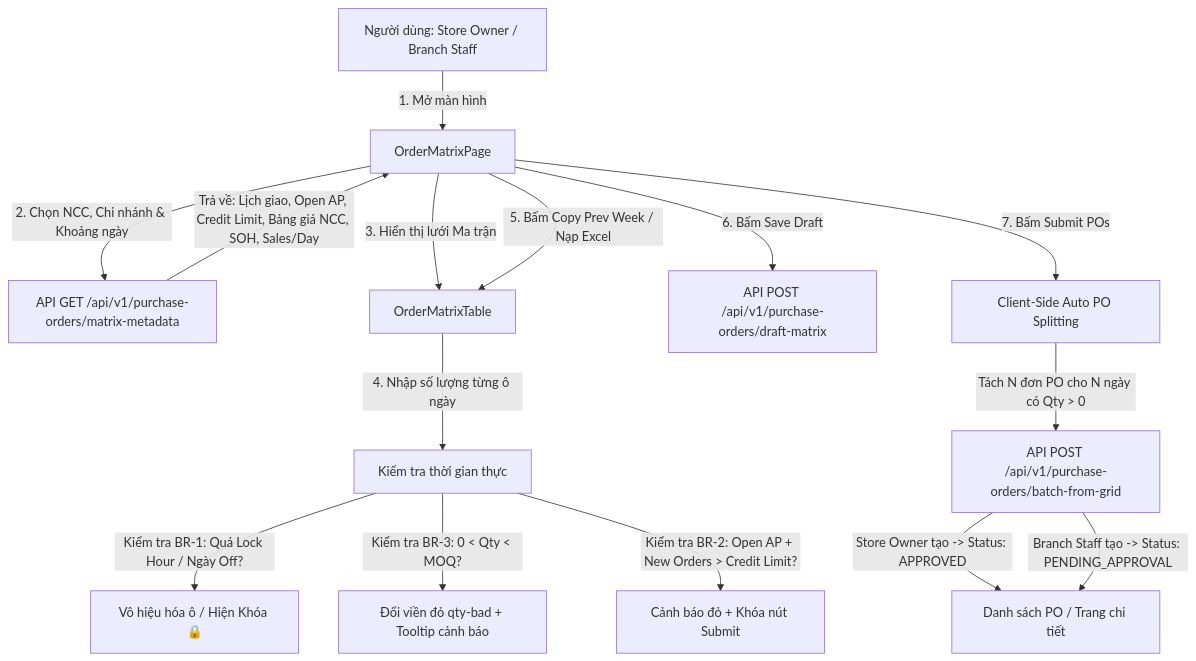
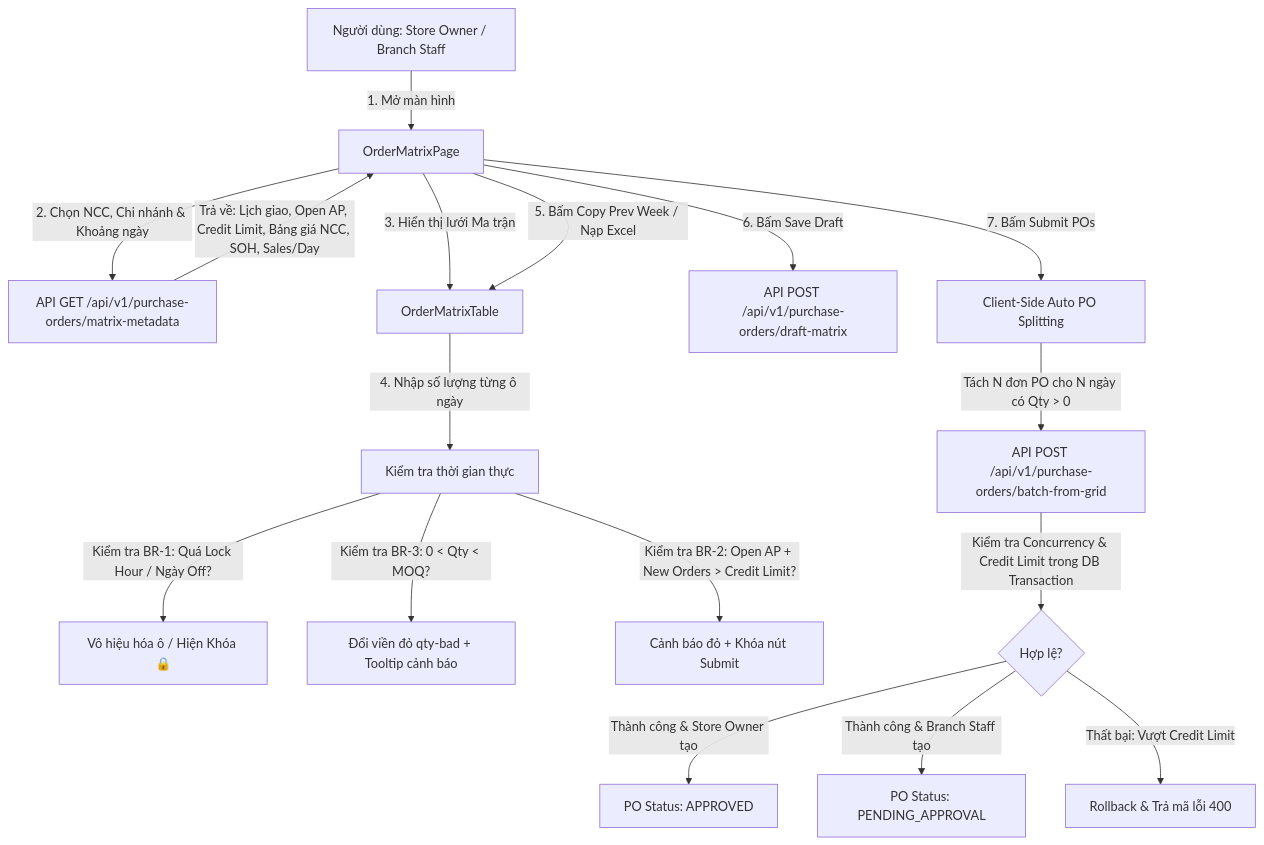
Before and after one commit to SEP490-G84-MTGRMS/ai-team-kit: the diagram in team-ai-knowledge/openspec/changes/create-purchase-order/design-brief.md, drawn with Mermaid. The commit also changed other lines of this file and 1 other file, not shown here.

````diff
--- a/team-ai-knowledge/openspec/changes/create-purchase-order/design-brief.md
+++ b/team-ai-knowledge/openspec/changes/create-purchase-order/design-brief.md
@@ -5,20 +5,22 @@
 ```mermaid
 flowchart TD
     A[Người dùng: Store Owner / Branch Staff] -->|1. Mở màn hình| B[OrderMatrixPage]
     B -->|2. Chọn NCC, Chi nhánh & Khoảng ngày| C[API GET /api/v1/purchase-orders/matrix-metadata]
     C -->|Trả về: Lịch giao, Open AP, Credit Limit, Bảng giá NCC, SOH, Sales/Day| B
     
     B -->|3. Hiển thị lưới Ma trận| D[OrderMatrixTable]
     D -->|4. Nhập số lượng từng ô ngày| E[Kiểm tra thời gian thực]
     E -->|Kiểm tra BR-1: Quá Lock Hour / Ngày Off?| F[Vô hiệu hóa ô / Hiện Khóa 🔒]
     E -->|Kiểm tra BR-3: 0 < Qty < MOQ?| G[Đổi viền đỏ qty-bad + Tooltip cảnh báo]
     E -->|Kiểm tra BR-2: Open AP + New Orders > Credit Limit?| H[Cảnh báo đỏ + Khóa nút Submit]
     
     B -->|5. Bấm Copy Prev Week / Nạp Excel| D
     B -->|6. Bấm Save Draft| I[API POST /api/v1/purchase-orders/draft-matrix]
     
     B -->|7. Bấm Submit POs| K[Client-Side Auto PO Splitting]
     K -->|Tách N đơn PO cho N ngày có Qty > 0| L[API POST /api/v1/purchase-orders/batch-from-grid]
-    L -->|Store Owner tạo -> Status: APPROVED| M[Danh sách PO / Trang chi tiết]
-    L -->|Branch Staff tạo -> Status: PENDING_APPROVAL| M
+    L -->|Kiểm tra Concurrency & Credit Limit trong DB Transaction| M{Hợp lệ?}
+    M -->|Thành công & Store Owner tạo| N[PO Status: APPROVED]
+    M -->|Thành công & Branch Staff tạo| O[PO Status: PENDING_APPROVAL]
+    M -->|Thất bại: Vượt Credit Limit| P[Rollback & Trả mã lỗi 400]
 ```
````
